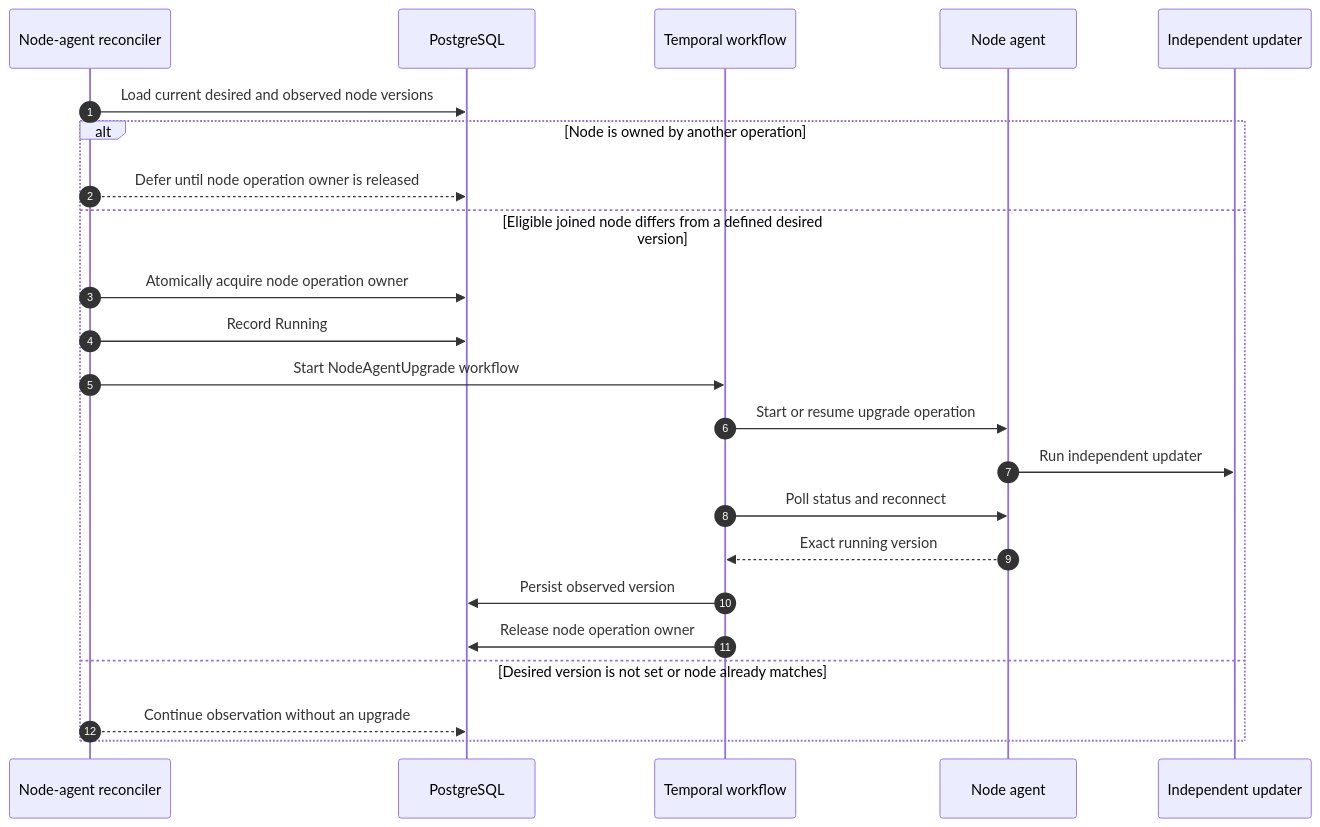
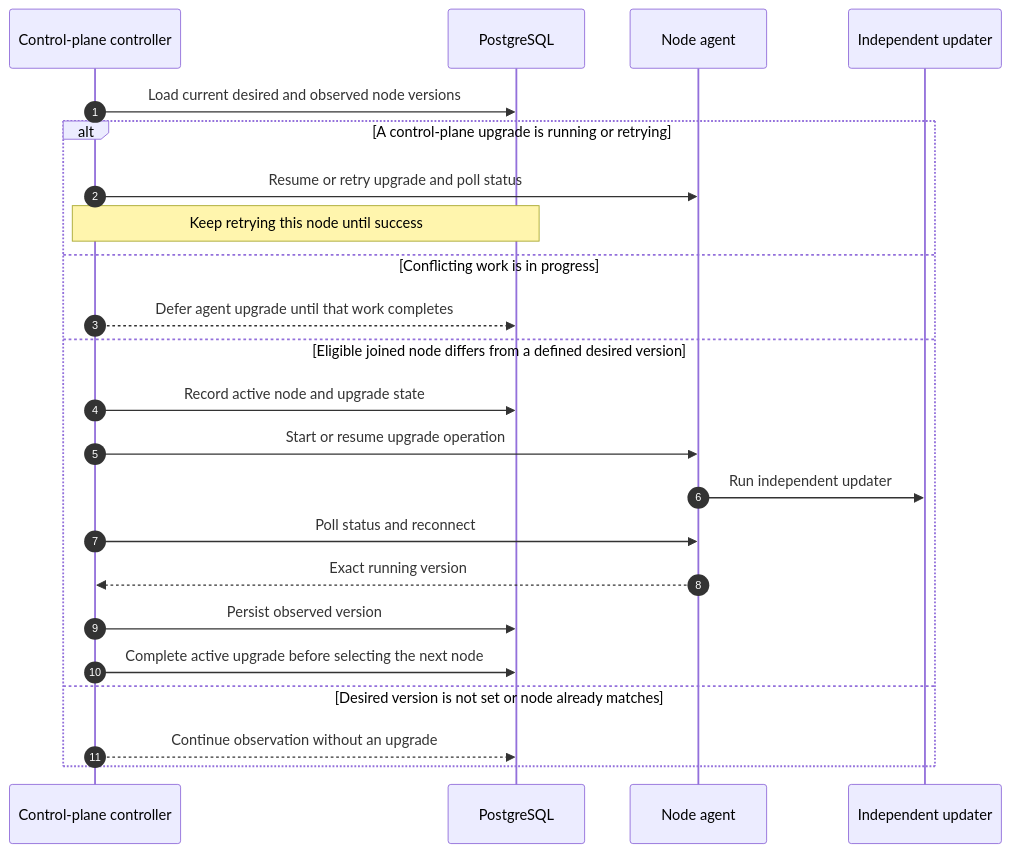
One commit to dsx-ai-factory/nvke changed the second of 2 diagrams in agent/docs/in-place-update/controller-driven-desired-state-design.md. Above: the diagram before and after it, drawn with Mermaid. The commit also changed other lines of this file, not shown here.

Commit message:
docs(agent): align desired version design with review

````diff
--- a/agent/docs/in-place-update/controller-driven-desired-state-design.md
+++ b/agent/docs/in-place-update/controller-driven-desired-state-design.md
@@ -214,27 +220,27 @@
 ```mermaid
 sequenceDiagram
     autonumber
-    participant Reconciler as Node-agent reconciler
+    participant Reconciler as Control-plane controller
     participant DB as PostgreSQL
-    participant Temporal as Temporal workflow
     participant Agent as Node agent
     participant Updater as Independent updater
 
     Reconciler->>DB: Load current desired and observed node versions
 
-    alt Node is owned by another operation
-        Reconciler-->>DB: Defer until node operation owner is released
+    alt A control-plane upgrade is running or retrying
+        Reconciler->>Agent: Resume or retry upgrade and poll status
+        Note over Reconciler,DB: Keep retrying this node until success
+    else Conflicting work is in progress
+        Reconciler-->>DB: Defer agent upgrade until that work completes
     else Eligible joined node differs from a defined desired version
-        Reconciler->>DB: Atomically acquire node operation owner
-        Reconciler->>DB: Record Running
-        Reconciler->>Temporal: Start NodeAgentUpgrade workflow
-        Temporal->>Agent: Start or resume upgrade operation
+        Reconciler->>DB: Record active node and upgrade state
+        Reconciler->>Agent: Start or resume upgrade operation
         Agent->>Updater: Run independent updater
-        Temporal->>Agent: Poll status and reconnect
-        Agent-->>Temporal: Exact running version
-        Temporal->>DB: Persist observed version
-        Temporal->>DB: Release node operation owner
+        Reconciler->>Agent: Poll status and reconnect
+        Agent-->>Reconciler: Exact running version
+        Reconciler->>DB: Persist observed version
+        Reconciler->>DB: Complete active upgrade before selecting the next node
     else Desired version is not set or node already matches
         Reconciler-->>DB: Continue observation without an upgrade
     end
 ```
````
